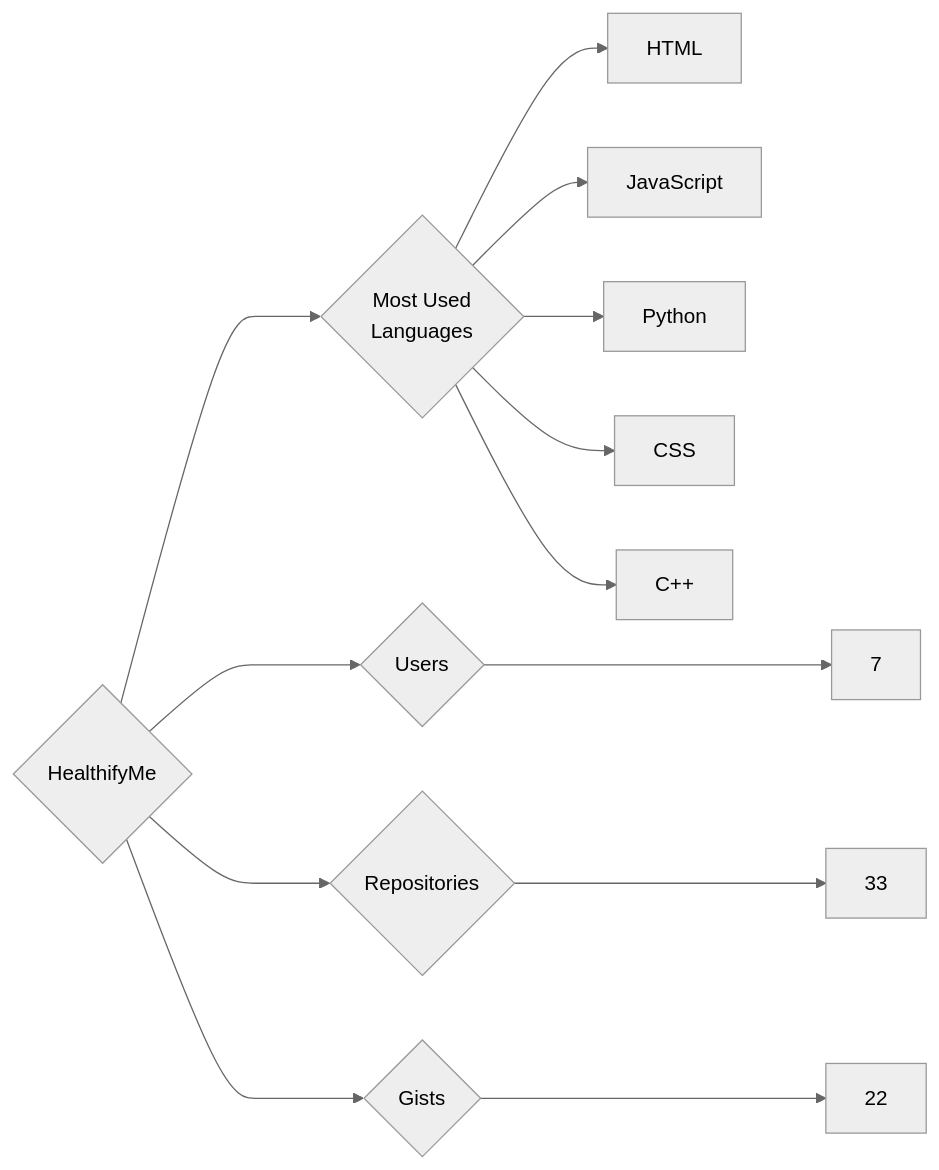
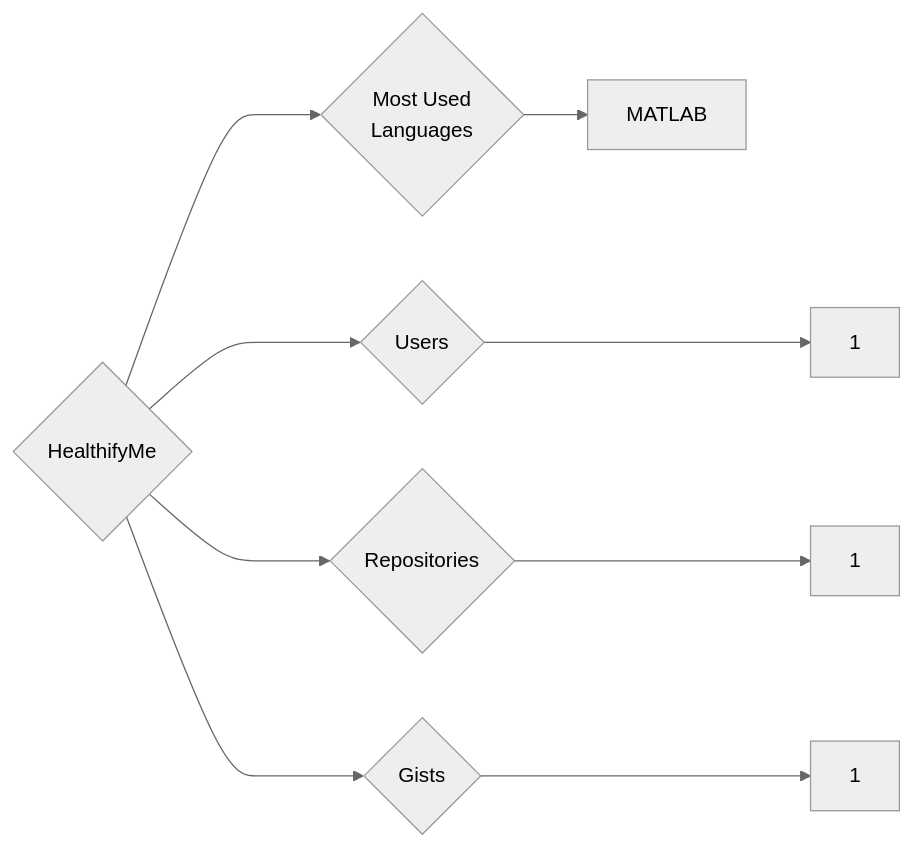
The diagram in targets/HealthifyMe/README.md (trickest/insiders), drawn with Mermaid (neutral theme) before and after one commit. The commit also changed 933 other files, not shown here.

````diff
--- a/targets/HealthifyMe/README.md
+++ b/targets/HealthifyMe/README.md
@@ -3,13 +3,9 @@
 ```mermaid
 graph LR
 COMPANY_NAME{HealthifyMe}
-COMPANY_NAME ---> U{Users} ---> UN[7]
-COMPANY_NAME ---> R{Repositories} ---> RN[33]
-COMPANY_NAME ---> G{Gists} ---> GN[22]
+COMPANY_NAME ---> U{Users} ---> UN[1]
+COMPANY_NAME ---> R{Repositories} ---> RN[1]
+COMPANY_NAME ---> G{Gists} ---> GN[1]
 COMPANY_NAME ---> ML{Most Used<br>Languages}
-ML --> HTML[HTML]
-ML --> JavaScript[JavaScript]
-ML --> Python[Python]
-ML --> CSS[CSS]
-ML --> C++[C++]
+ML --> MATLAB[MATLAB]
 ```
````
